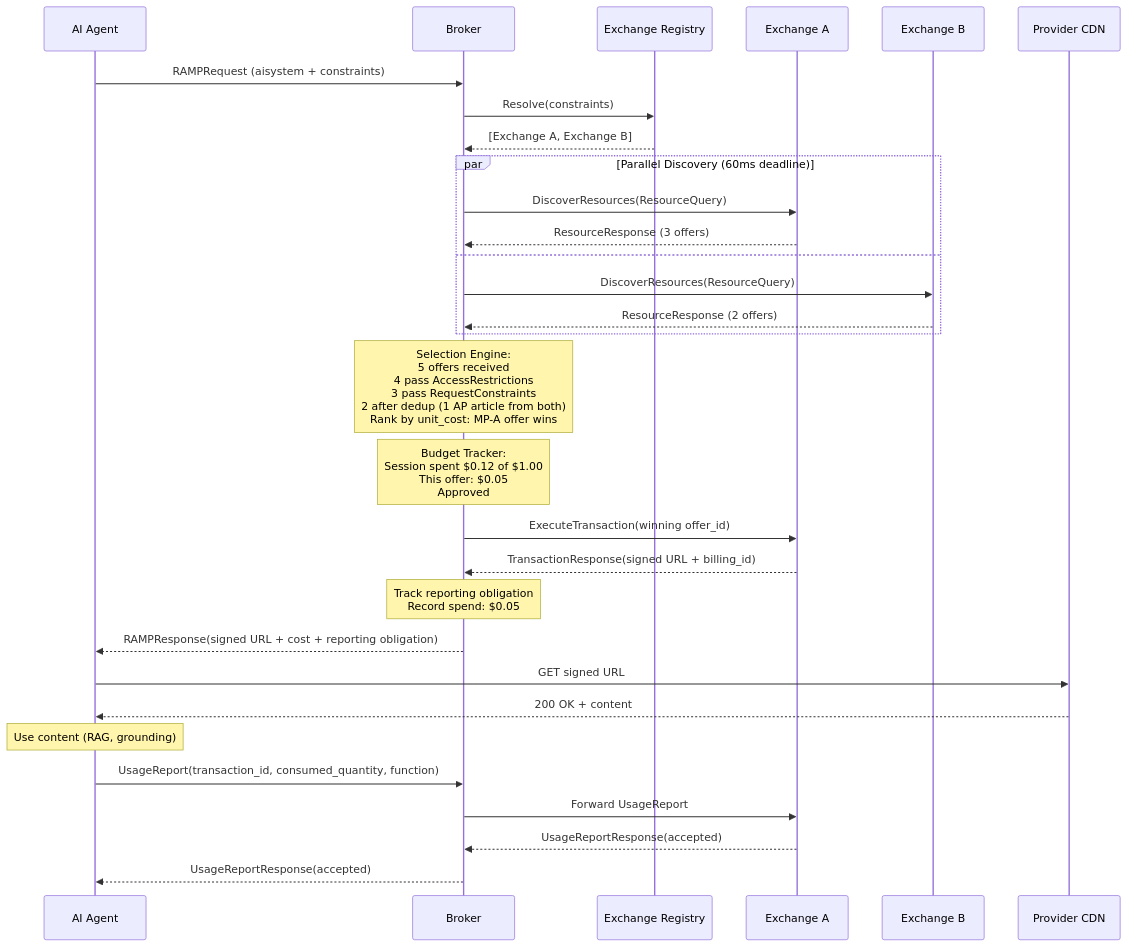
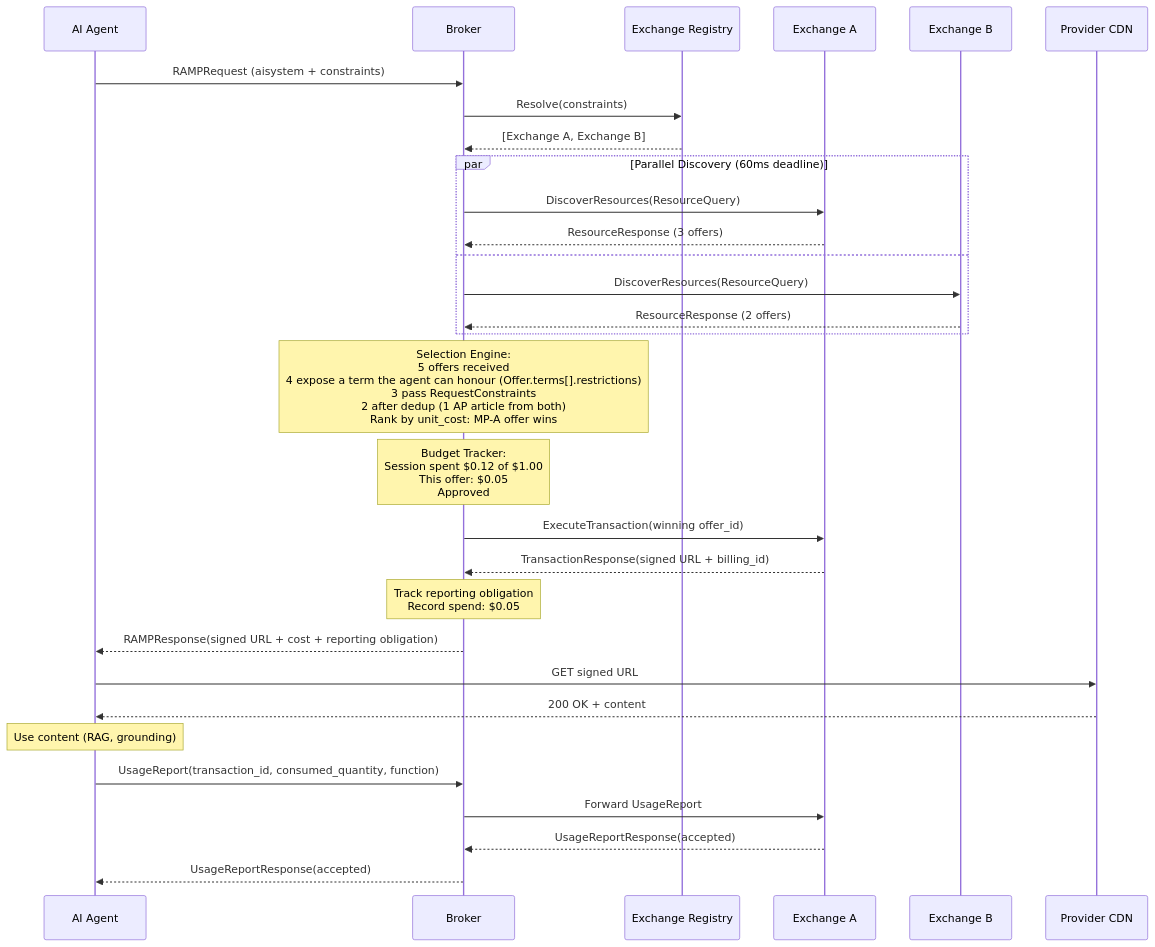
The second of 2 diagrams in website/src/content/docs/components/broker/overview.mdx (RAMP-Protocol/protocol), drawn with Mermaid before and after one commit. The commit also changed 41 other files, not shown here.

````diff
--- a/website/src/content/docs/components/broker/overview.mdx
+++ b/website/src/content/docs/components/broker/overview.mdx
@@ -285,43 +285,43 @@
 ```mermaid
 sequenceDiagram
     participant Agent as AI Agent
     participant Orch as Broker
     participant Reg as Exchange Registry
     participant MPA as Exchange A
     participant MPB as Exchange B
     participant CDN as Provider CDN
 
     Agent->>Orch: RAMPRequest (aisystem + constraints)
 
     Orch->>Reg: Resolve(constraints)
     Reg-->>Orch: [Exchange A, Exchange B]
 
     par Parallel Discovery (60ms deadline)
         Orch->>MPA: DiscoverResources(ResourceQuery)
         MPA-->>Orch: ResourceResponse (3 offers)
     and
         Orch->>MPB: DiscoverResources(ResourceQuery)
         MPB-->>Orch: ResourceResponse (2 offers)
     end
 
-    Note over Orch: Selection Engine:<br/>5 offers received<br/>4 pass AccessRestrictions<br/>3 pass RequestConstraints<br/>2 after dedup (1 AP article from both)<br/>Rank by unit_cost: MP-A offer wins
+    Note over Orch: Selection Engine:<br/>5 offers received<br/>4 expose a term the agent can honour (Offer.terms[].restrictions)<br/>3 pass RequestConstraints<br/>2 after dedup (1 AP article from both)<br/>Rank by unit_cost: MP-A offer wins
 
     Note over Orch: Budget Tracker:<br/>Session spent $0.12 of $1.00<br/>This offer: $0.05<br/>Approved
 
     Orch->>MPA: ExecuteTransaction(winning offer_id)
     MPA-->>Orch: TransactionResponse(signed URL + billing_id)
 
     Note over Orch: Track reporting obligation<br/>Record spend: $0.05
 
     Orch-->>Agent: RAMPResponse(signed URL + cost + reporting obligation)
 
     Agent->>CDN: GET signed URL
     CDN-->>Agent: 200 OK + content
 
     Note over Agent: Use content (RAG, grounding)
 
     Agent->>Orch: UsageReport(transaction_id, consumed_quantity, function)
     Orch->>MPA: Forward UsageReport
     MPA-->>Orch: UsageReportResponse(accepted)
     Orch-->>Agent: UsageReportResponse(accepted)
 ```
````
